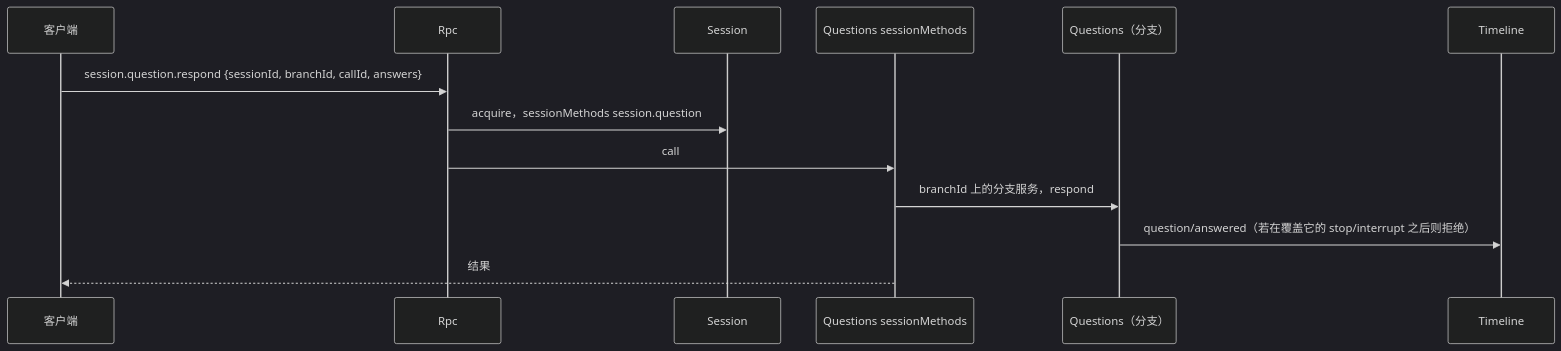
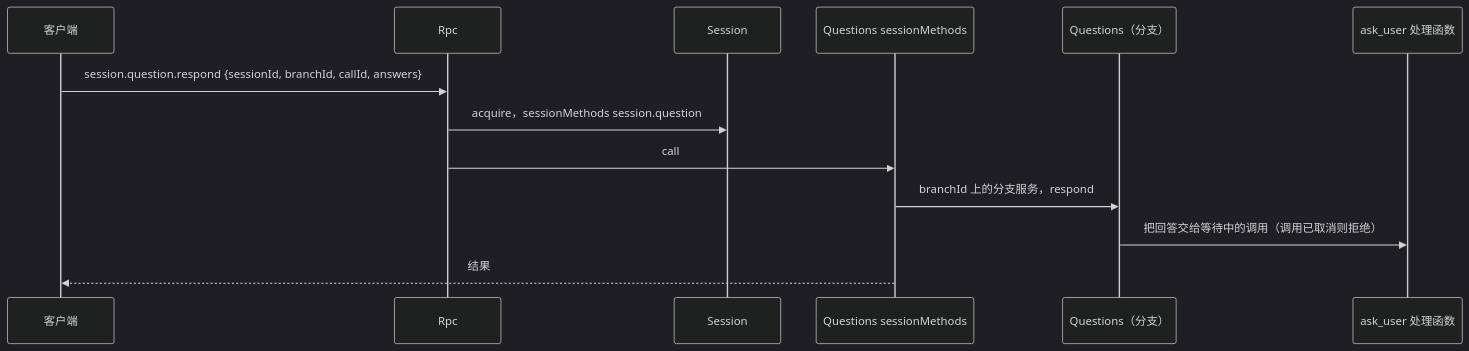
One commit to CoutinhoTTS/dim-agent changed the sixth of 8 diagrams in docs/zh/design/overview.md. Above: the diagram before and after it, drawn with Mermaid (dark theme). The commit also changed other lines of this file and 13 other files, not shown here.

First line of the commit message:
docs(questions): redesign ask_user so the answer is the tool result

````diff
--- a/docs/zh/design/overview.md
+++ b/docs/zh/design/overview.md
@@ -254,15 +254,15 @@
 ```mermaid
 sequenceDiagram
   participant CL as 客户端
   participant Rpc as Rpc
   participant S as Session
   participant QS as Questions sessionMethods
   participant QB as Questions（分支）
-  participant TL as Timeline
+  participant H as ask_user 处理函数
   CL->>Rpc: session.question.respond {sessionId, branchId, callId, answers}
   Rpc->>S: acquire，sessionMethods session.question
   Rpc->>QS: call
   QS->>QB: branchId 上的分支服务，respond
-  QB->>TL: question/answered（若在覆盖它的 stop/interrupt 之后则拒绝）
+  QB->>H: 把回答交给等待中的调用（调用已取消则拒绝）
   QS-->>CL: 结果
 ```
````
